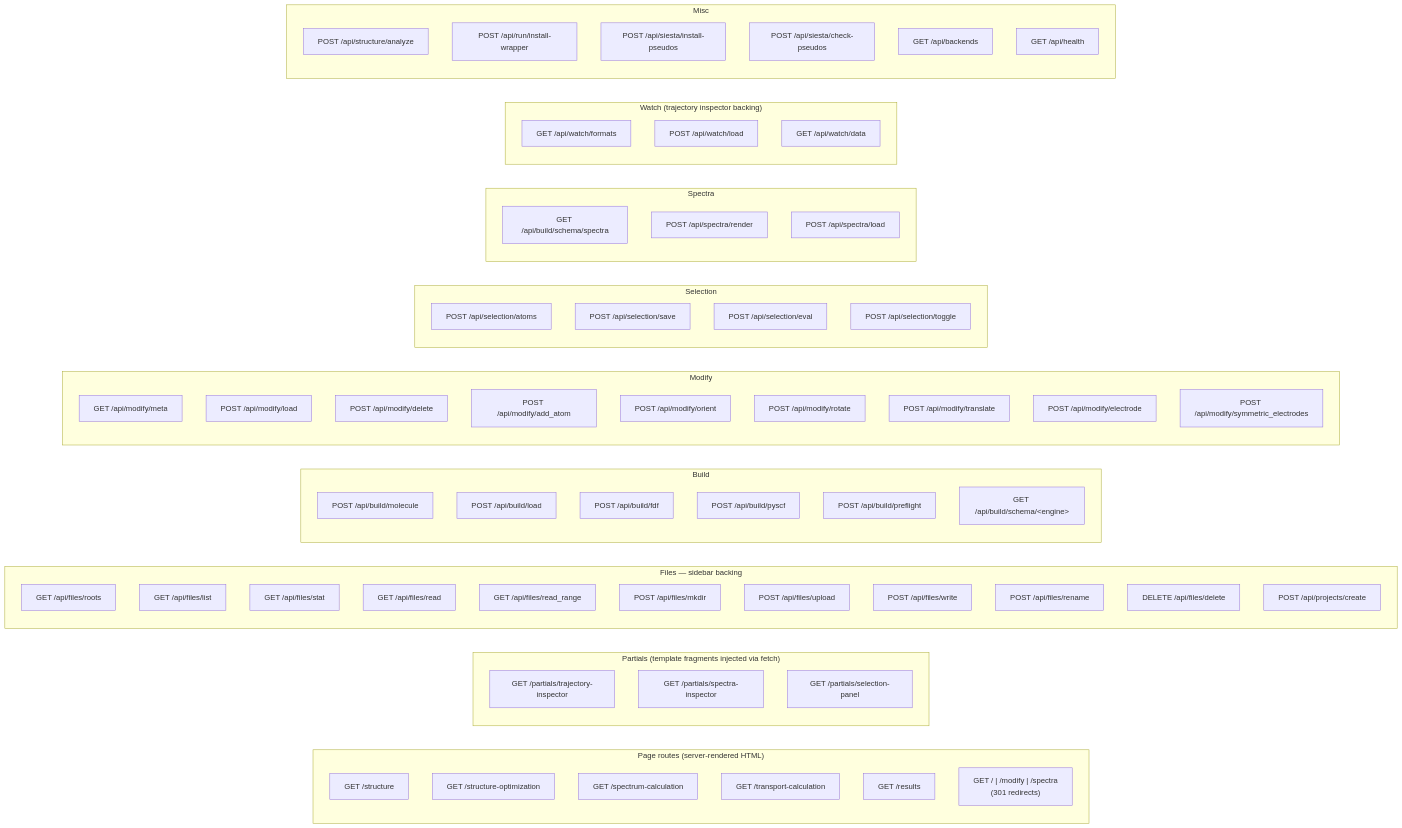
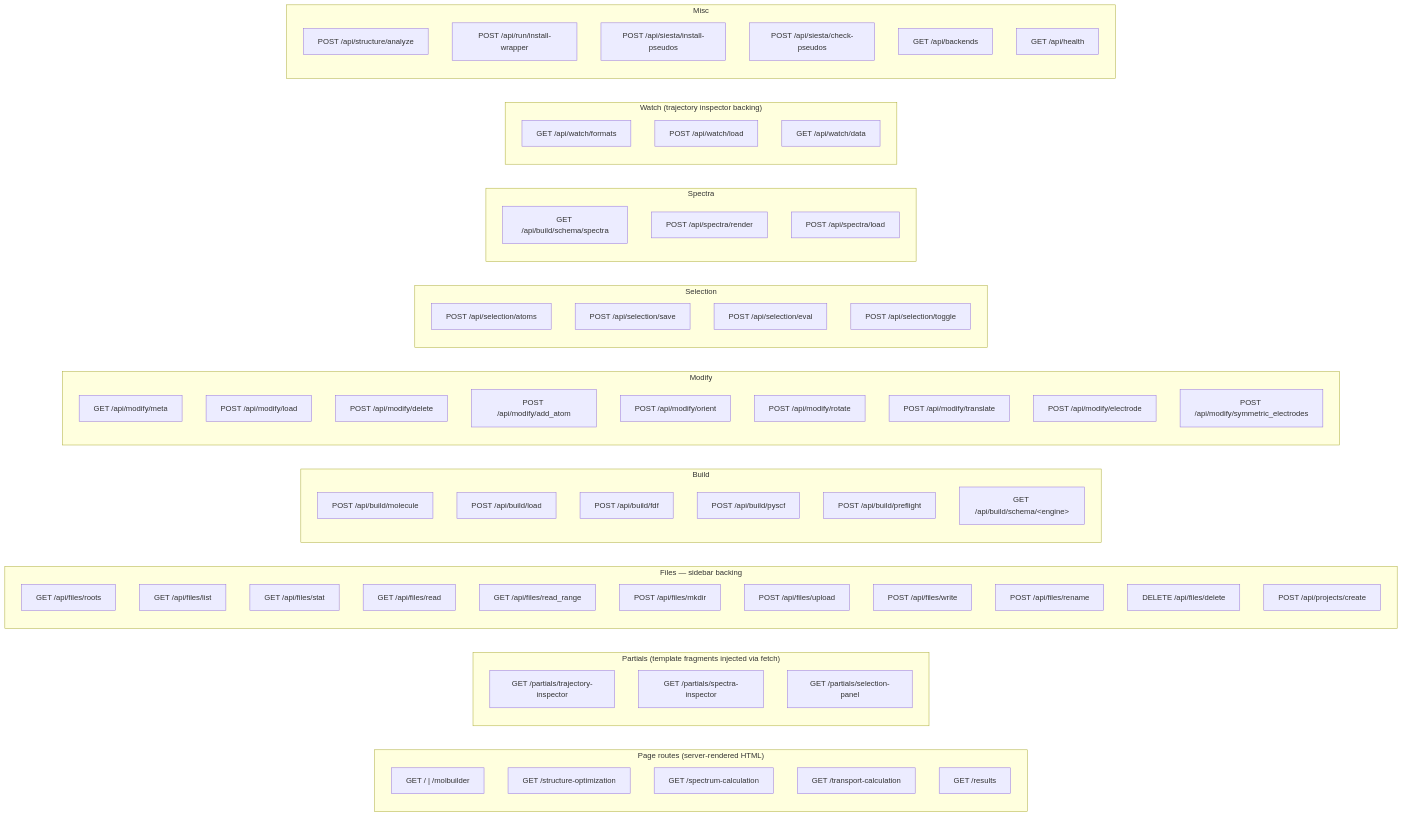
The first of 2 diagrams in docs/protocols/web-api.md (Qing-LAB/molbuilder), drawn with Mermaid before and after one commit. The commit also changed 19 other files, not shown here.

First line of the commit message:
rename Structure tab to Molbuilder; drop all legacy redirects

````diff
--- a/docs/protocols/web-api.md
+++ b/docs/protocols/web-api.md
@@ -89,72 +89,71 @@
 ```mermaid
 flowchart LR
     subgraph "Page routes (server-rendered HTML)"
-        page_structure["GET /structure"]
+        page_molb["GET / | /molbuilder"]
         page_opt["GET /structure-optimization"]
         page_spec["GET /spectrum-calculation"]
         page_transp["GET /transport-calculation"]
         page_results["GET /results"]
-        page_legacy["GET / | /modify | /spectra<br/>(301 redirects)"]
     end
     subgraph "Partials (template fragments injected via fetch)"
         part_traj["GET /partials/trajectory-inspector"]
         part_spec["GET /partials/spectra-inspector"]
         part_sel["GET /partials/selection-panel"]
     end
     subgraph "Files — sidebar backing"
         f_roots["GET /api/files/roots"]
         f_list["GET /api/files/list"]
         f_stat["GET /api/files/stat"]
         f_read["GET /api/files/read"]
         f_range["GET /api/files/read_range"]
         f_mkdir["POST /api/files/mkdir"]
         f_upload["POST /api/files/upload"]
         f_write["POST /api/files/write"]
         f_rename["POST /api/files/rename"]
         f_delete["DELETE /api/files/delete"]
         p_create["POST /api/projects/create"]
     end
     subgraph "Build"
         b_mol["POST /api/build/molecule"]
         b_load["POST /api/build/load"]
         b_fdf["POST /api/build/fdf"]
         b_py["POST /api/build/pyscf"]
         b_pre["POST /api/build/preflight"]
         b_schema["GET /api/build/schema/&lt;engine&gt;"]
     end
     subgraph "Modify"
         m_meta["GET /api/modify/meta"]
         m_load["POST /api/modify/load"]
         m_del["POST /api/modify/delete"]
         m_add["POST /api/modify/add_atom"]
         m_orient["POST /api/modify/orient"]
         m_rot["POST /api/modify/rotate"]
         m_tr["POST /api/modify/translate"]
         m_elc["POST /api/modify/electrode"]
         m_sym["POST /api/modify/symmetric_electrodes"]
     end
     subgraph "Selection"
         s_atoms["POST /api/selection/atoms"]
         s_save["POST /api/selection/save"]
         s_eval["POST /api/selection/eval"]
         s_tog["POST /api/selection/toggle"]
     end
     subgraph "Spectra"
         sp_schema["GET /api/build/schema/spectra"]
         sp_render["POST /api/spectra/render"]
         sp_load["POST /api/spectra/load"]
     end
     subgraph "Watch (trajectory inspector backing)"
         w_fmt["GET /api/watch/formats"]
         w_load["POST /api/watch/load"]
         w_data["GET /api/watch/data"]
     end
     subgraph "Misc"
         misc_anal["POST /api/structure/analyze"]
         misc_wrap["POST /api/run/install-wrapper"]
         misc_ips["POST /api/siesta/install-pseudos"]
         misc_chk["POST /api/siesta/check-pseudos"]
         misc_back["GET /api/backends"]
         misc_health["GET /api/health"]
     end
 ```
````
